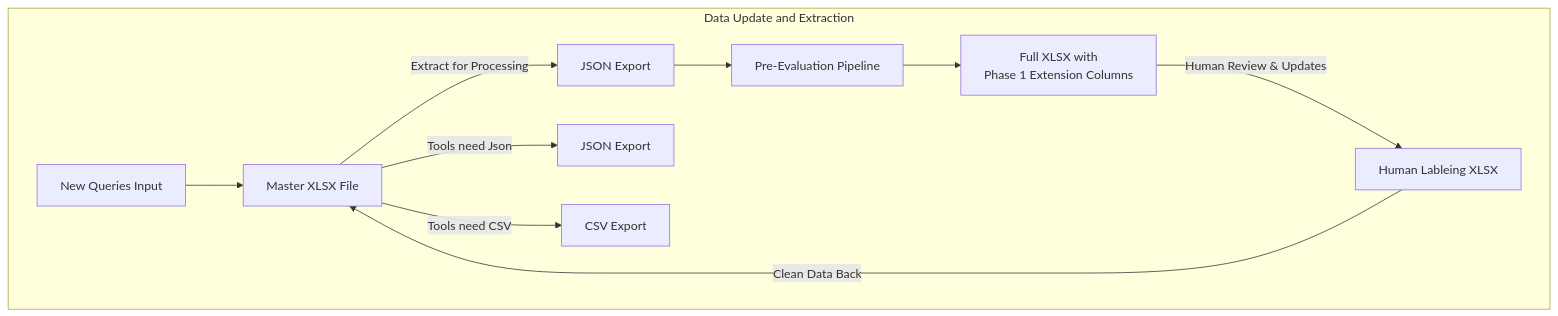
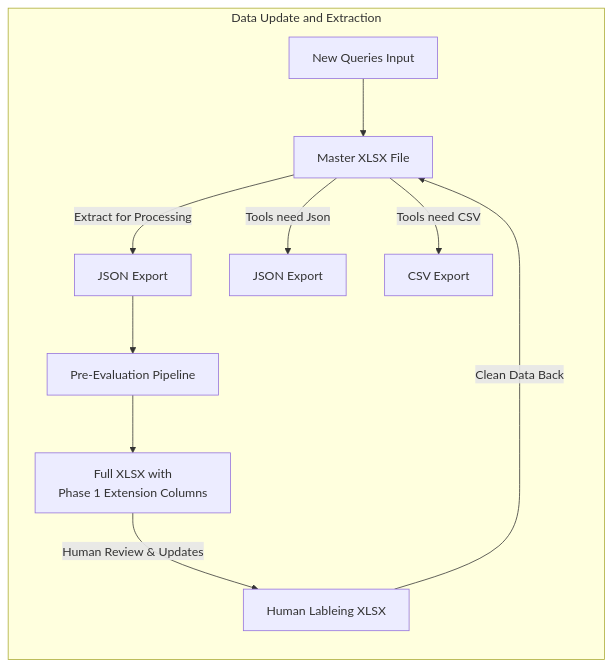
The diagram in Queries_Layout&Flow.md (Yooouuuuuuu/rag_evaluation), drawn with Mermaid before and after one commit. The commit also changed 1 other file, not shown here.

Commit message:
trying graph LR for force vertical

````diff
--- a/Queries_Layout&Flow.md
+++ b/Queries_Layout&Flow.md
@@ -3,15 +3,15 @@
 ```mermaid
-graph TD
+graph LR
     subgraph "Data Update and Extraction"
         A[New Queries Input] --> B[Master XLSX File]
         B --> |Extract for Processing| C[JSON Export]
         C --> D[Pre-Evaluation Pipeline]
         D --> E[Full XLSX with<br/>Phase 1 Extension Columns]
         E --> |Human Review & Updates| F[Human Lableing XLSX]
         F --> |Clean Data Back| B
         
         B --> |Tools need Json| G[JSON Export]
         B --> |Tools need CSV| H[CSV Export]
     end
 
 ```
````
